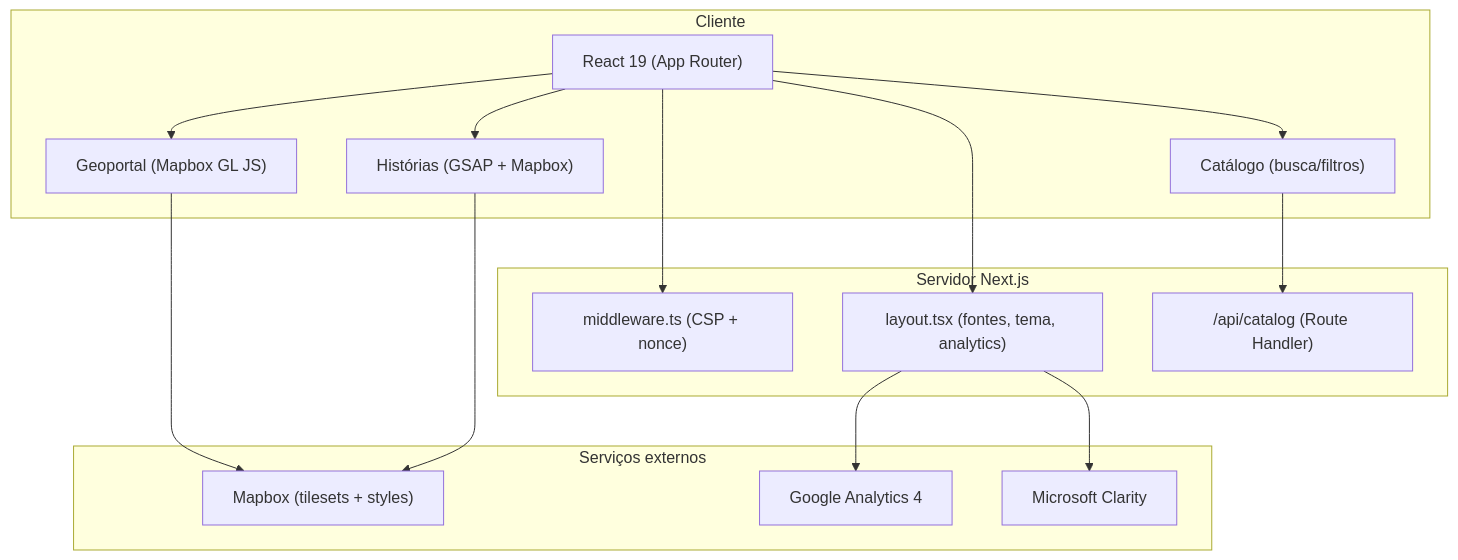
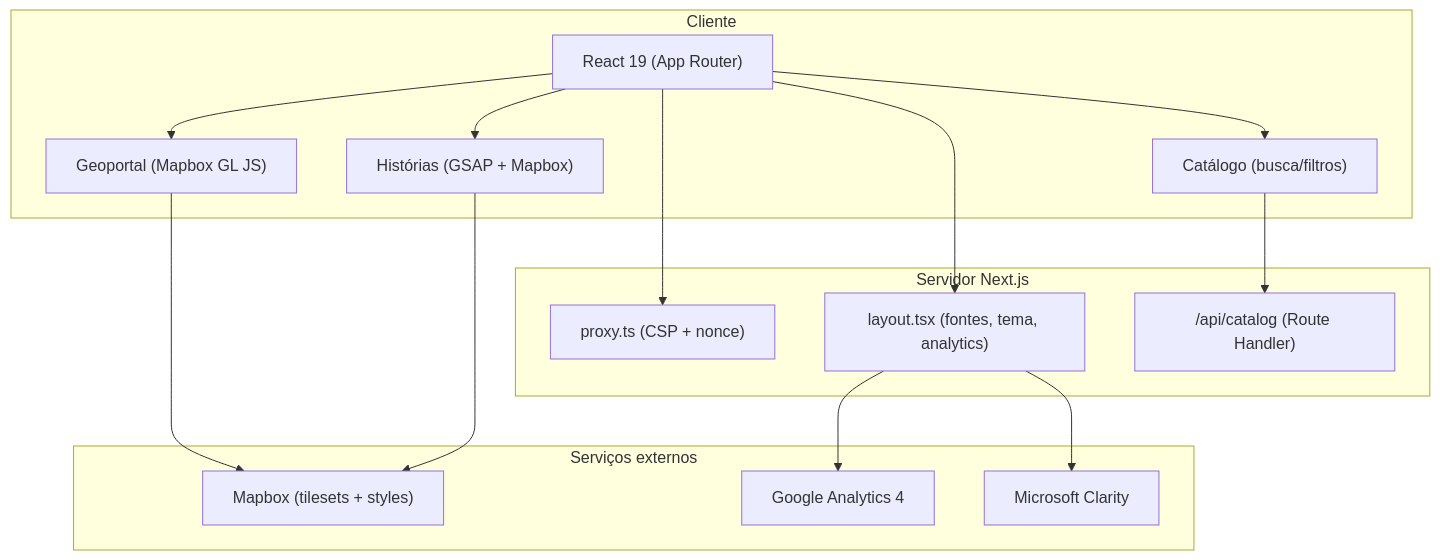
One commit to inspercidades/portal-cidados changed the diagram in docs/manual-do-desenvolvedor/03-arquitetura-e-convencoes.md. Above: the diagram before and after it, drawn with Mermaid. The commit also changed other lines of this file and 15 other files, not shown here.

````diff
--- a/docs/manual-do-desenvolvedor/03-arquitetura-e-convencoes.md
+++ b/docs/manual-do-desenvolvedor/03-arquitetura-e-convencoes.md
@@ -28,29 +28,29 @@
 ```mermaid
 graph TB
     subgraph browser [Cliente]
         UI["React 19 (App Router)"]
         UI --> Stories["Histórias (GSAP + Mapbox)"]
         UI --> Geo["Geoportal (Mapbox GL JS)"]
         UI --> Cat["Catálogo (busca/filtros)"]
     end
 
     subgraph server [Servidor Next.js]
-        MW["middleware.ts (CSP + nonce)"]
+        MW["proxy.ts (CSP + nonce)"]
         RL["layout.tsx (fontes, tema, analytics)"]
         API["/api/catalog (Route Handler)"]
     end
 
     subgraph external [Serviços externos]
         MB["Mapbox (tilesets + styles)"]
         GA["Google Analytics 4"]
         CL["Microsoft Clarity"]
     end
 
     UI --> MW
     UI --> RL
     Cat --> API
     Geo --> MB
     Stories --> MB
     RL --> GA
     RL --> CL
 ```
````
